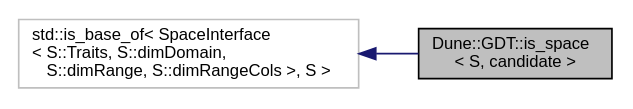
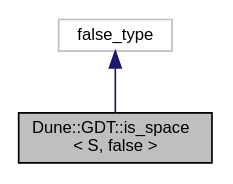
One commit to dune-community/dune-community.github.io changed the diagram in docs/dune-gdt/master/a03104.dot. Above: the diagram before and after it, drawn with Graphviz. The commit also changed 1984 other files, not shown here.

Commit message:
Updated documentation for dune-gdt master

```diff
--- a/docs/dune-gdt/master/a03104.dot
+++ b/docs/dune-gdt/master/a03104.dot
@@ -1,9 +1,8 @@
-digraph "Dune::GDT::is_space&lt; S, candidate &gt;"
+digraph "Dune::GDT::is_space&lt; S, false &gt;"
 {
   edge [fontname="Helvetica",fontsize="10",labelfontname="Helvetica",labelfontsize="10"];
   node [fontname="Helvetica",fontsize="10",shape=record];
-  rankdir="LR";
-  Node0 [label="Dune::GDT::is_space\l\< S, candidate \>",height=0.2,width=0.4,color="black", fillcolor="grey75", style="filled", fontcolor="black"];
+  Node0 [label="Dune::GDT::is_space\l\< S, false \>",height=0.2,width=0.4,color="black", fillcolor="grey75", style="filled", fontcolor="black"];
   Node1 -> Node0 [dir="back",color="midnightblue",fontsize="10",style="solid",fontname="Helvetica"];
-  Node1 [label="std::is_base_of\< SpaceInterface\l\< S::Traits, S::dimDomain,\l S::dimRange, S::dimRangeCols \>, S \>",height=0.2,width=0.4,color="grey75", fillcolor="white", style="filled"];
+  Node1 [label="false_type",height=0.2,width=0.4,color="grey75", fillcolor="white", style="filled"];
 }
```
